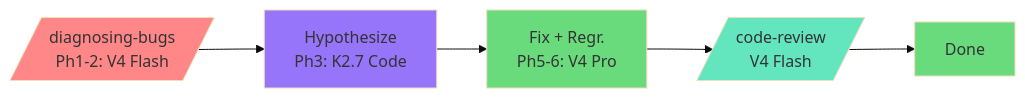
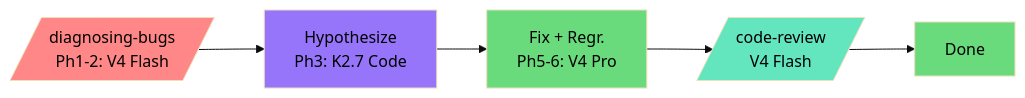
Before and after one commit to elisharkray1030/ai-coding-workflow: the third of 5 diagrams in README.md, drawn with Mermaid (base theme). The commit also changed other lines of this file, not shown here.

First line of the commit message:
Force black text on all diagram boxes for readability

````diff
--- a/README.md
+++ b/README.md
@@ -73,18 +73,18 @@
 ```mermaid
 graph LR
     LO[/diagnosing-bugs<br/>Ph1-2: V4 Flash/] --> HY[Hypothesize<br/>Ph3: K2.7 Code]
     HY --> FX[Fix + Regr.<br/>Ph5-6: V4 Pro]
     FX --> CR[/code-review<br/>V4 Flash/]
     CR --> DN[Done]
 
-    classDef red fill:#ff8787
-    classDef purple fill:#9775fa
-    classDef green fill:#69db7c
-    classDef teal fill:#63e6be
+    classDef red fill:#ff8787,color:#000
+    classDef purple fill:#9775fa,color:#000
+    classDef green fill:#69db7c,color:#000
+    classDef teal fill:#63e6be,color:#000
 
     class LO red
     class HY purple
     class FX green
     class CR teal
     class DN green
 ```
````
